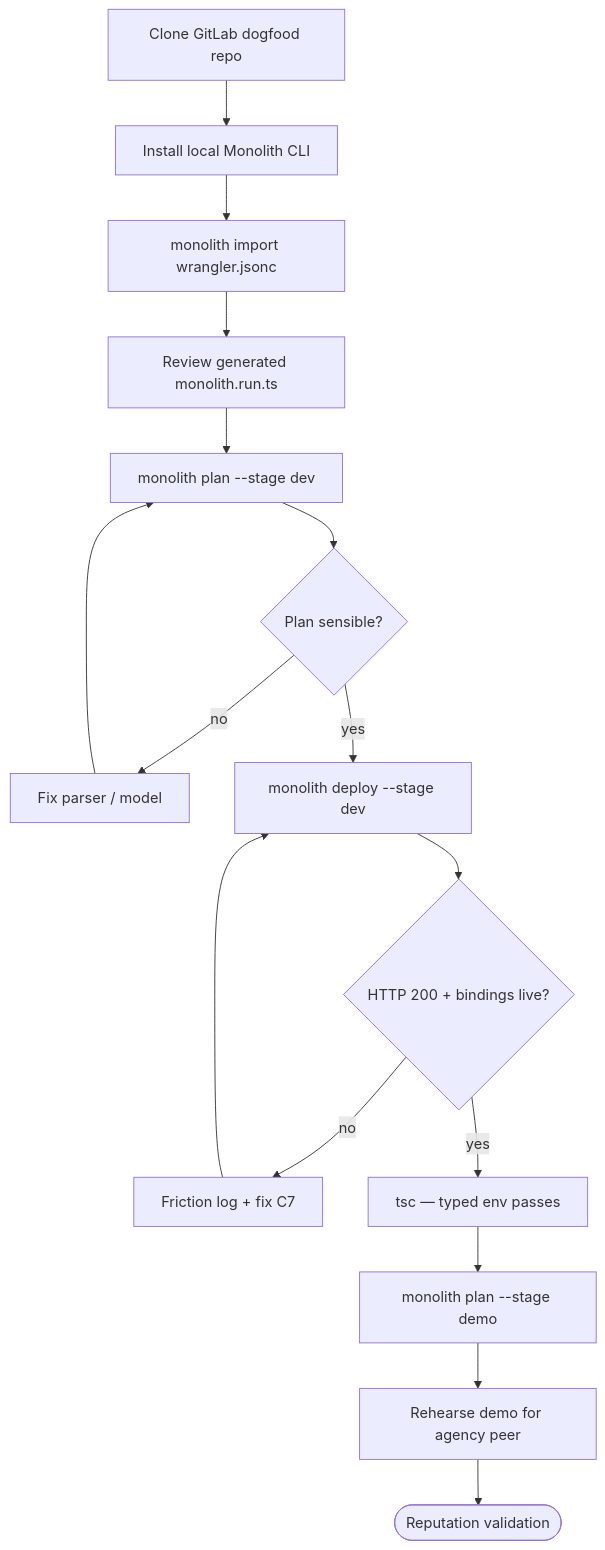
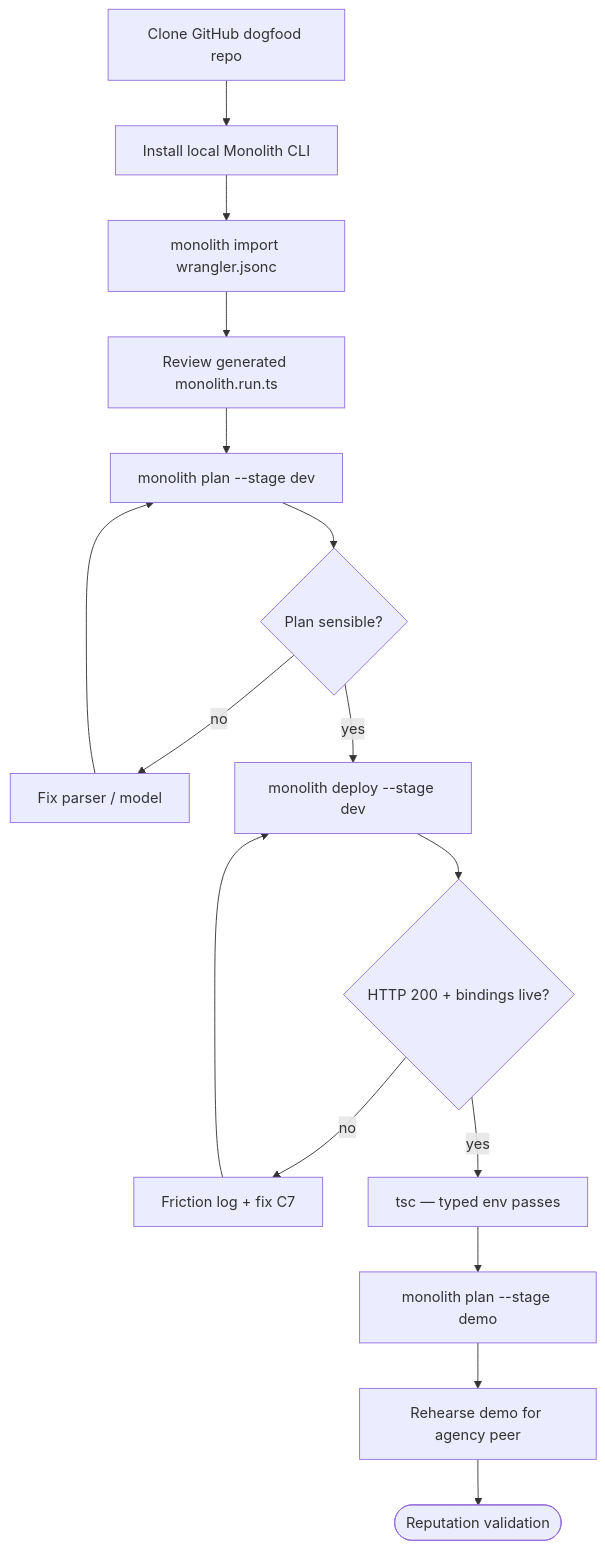
Before and after one commit to armancharan/monolith: the third of 3 diagrams in docs/product-spec.md, drawn with Mermaid. The commit also changed other lines of this file and 3 other files, not shown here.

First line of the commit message:
Switch M1 dogfood target from GitLab to GitHub.

````diff
--- a/docs/product-spec.md
+++ b/docs/product-spec.md
@@ -228,18 +228,18 @@
 ```mermaid
 flowchart TD
-  A[Clone GitLab dogfood repo] --> B[Install local Monolith CLI]
+  A[Clone GitHub dogfood repo] --> B[Install local Monolith CLI]
   B --> C[monolith import wrangler.jsonc]
   C --> D[Review generated monolith.run.ts]
   D --> E[monolith plan --stage dev]
   E --> F{Plan sensible?}
   F -->|no| FIX[Fix parser / model]
   FIX --> E
   F -->|yes| G[monolith deploy --stage dev]
   G --> H{HTTP 200 + bindings live?}
   H -->|no| DEBUG[Friction log + fix C7]
   DEBUG --> G
   H -->|yes| I[tsc — typed env passes]
   I --> J[monolith plan --stage demo]
   J --> K[Rehearse demo for agency peer]
   K --> L([Reputation validation])
 ```
````
